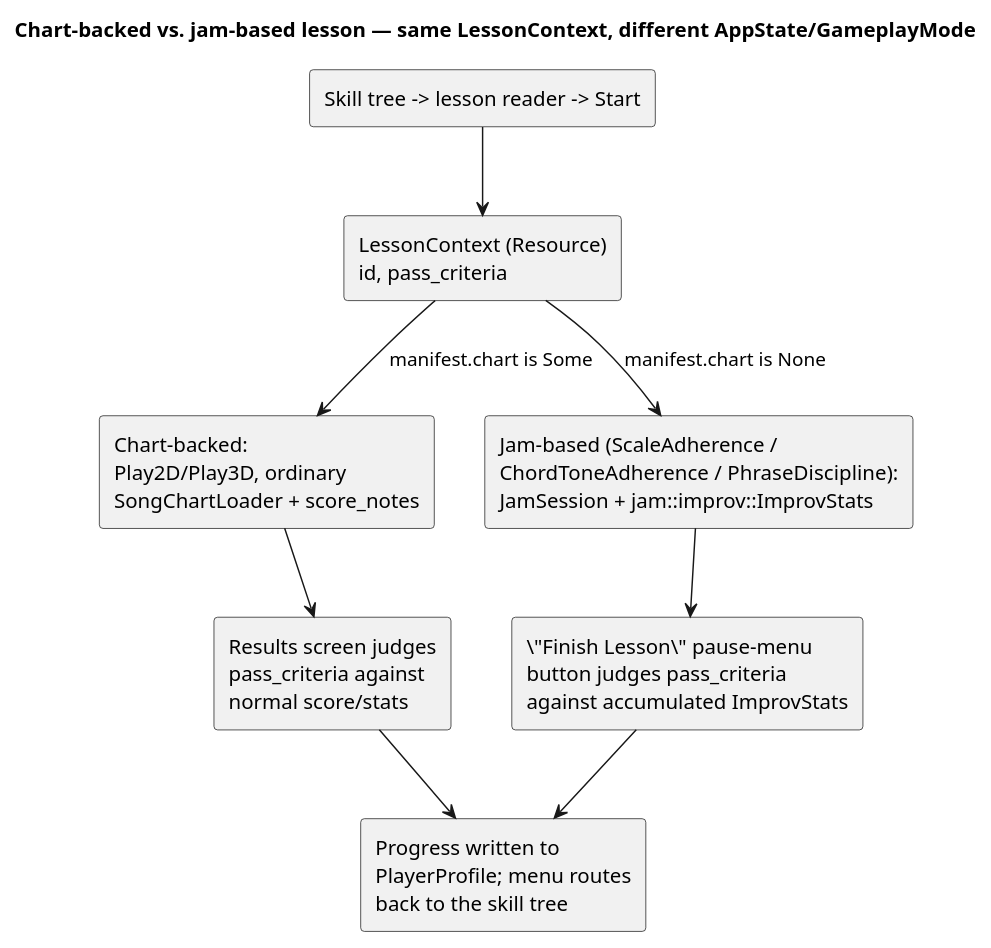
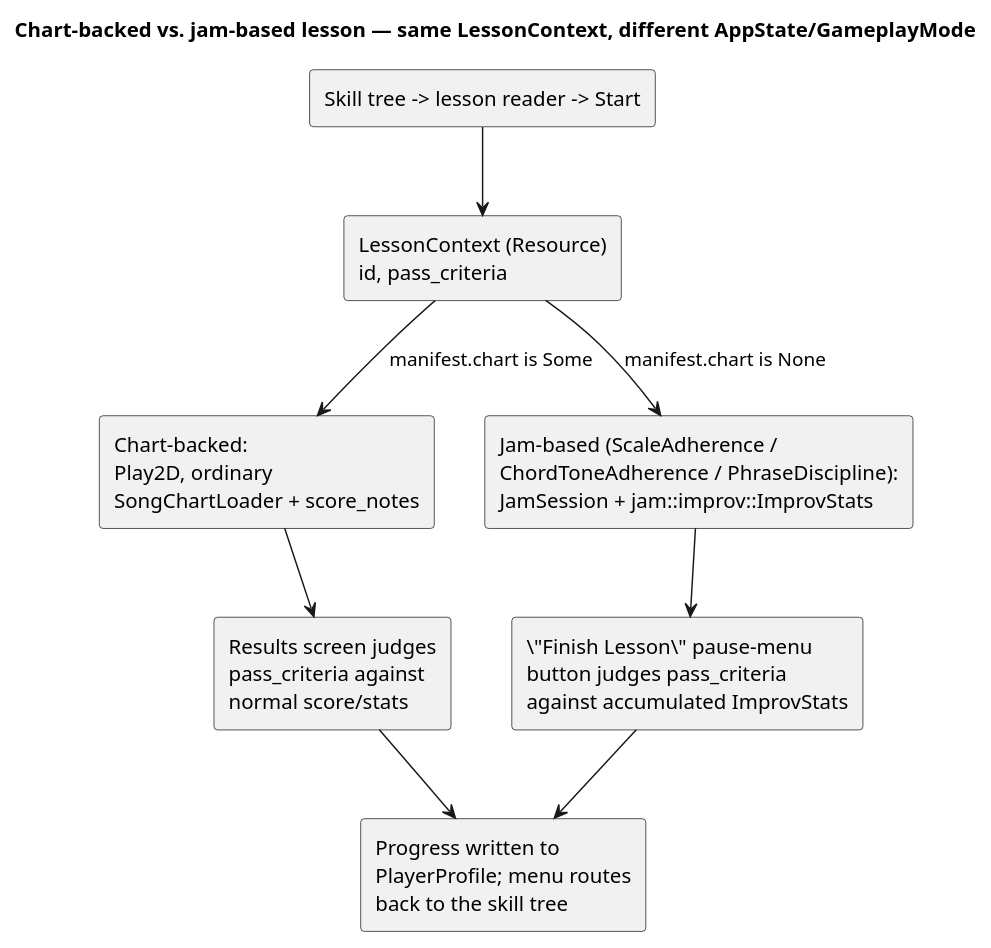
The second of 3 diagrams in contributing/src/lessons-engine.md (tcanabrava/harmonicon), drawn with PlantUML before and after one commit. The commit also changed other lines of this file and 80 other files, not shown here.

````diff
--- a/contributing/src/lessons-engine.md
+++ b/contributing/src/lessons-engine.md
@@ -161,22 +161,22 @@
 ```plantuml
 @startuml
 title Chart-backed vs. jam-based lesson — same LessonContext, different AppState/GameplayMode
 skinparam componentStyle rectangle
 
 rectangle "Skill tree -> lesson reader -> Start" as start
 rectangle "LessonContext (Resource)\nid, pass_criteria" as context
-rectangle "Chart-backed:\nPlay2D/Play3D, ordinary\nSongChartLoader + score_notes" as chart_lesson
+rectangle "Chart-backed:\nPlay2D, ordinary\nSongChartLoader + score_notes" as chart_lesson
 rectangle "Jam-based (ScaleAdherence /\nChordToneAdherence / PhraseDiscipline):\nJamSession + jam::improv::ImprovStats" as jam_lesson
 rectangle "Results screen judges\npass_criteria against\nnormal score/stats" as chart_judge
 rectangle "\"Finish Lesson\" pause-menu\nbutton judges pass_criteria\nagainst accumulated ImprovStats" as jam_judge
 rectangle "Progress written to\nPlayerProfile; menu routes\nback to the skill tree" as done
 
 start --> context
 context --> chart_lesson : manifest.chart is Some
 context --> jam_lesson : manifest.chart is None
 chart_lesson --> chart_judge
 jam_lesson --> jam_judge
 chart_judge --> done
 jam_judge --> done
 @enduml
 ```
````
